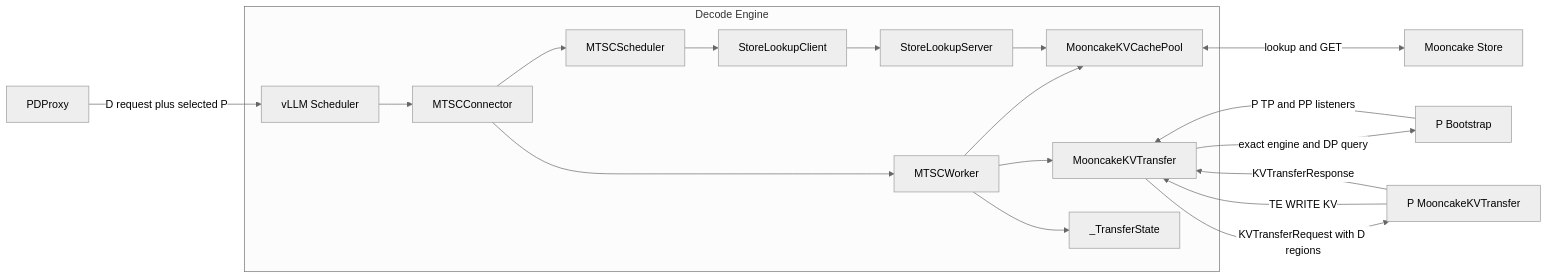
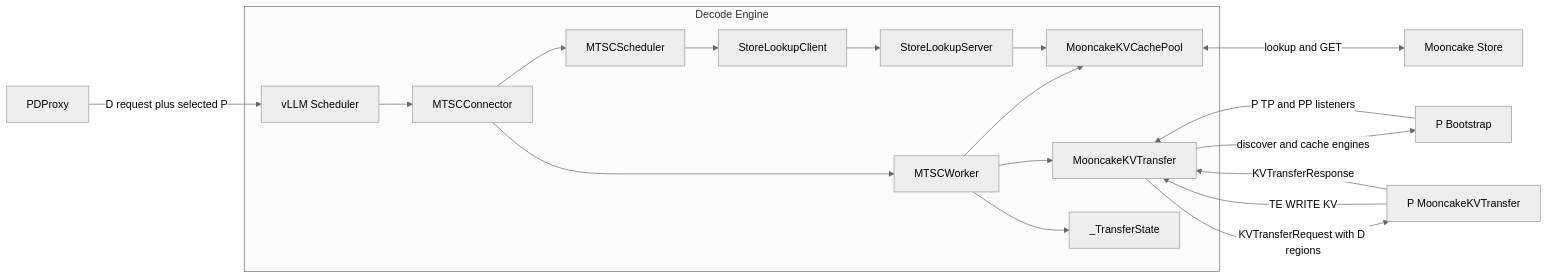
Before and after one commit to WangSu-X/MTSC: the first of 6 diagrams in docs/design/S03-decode设计.md, drawn with Mermaid (neutral theme). The commit also changed other lines of this file and 21 other files, not shown here.

````diff
--- a/docs/design/S03-decode设计.md
+++ b/docs/design/S03-decode设计.md
@@ -96,23 +96,23 @@
 ```mermaid
 flowchart LR
     X[PDProxy] -->|D request plus selected P| VS[vLLM Scheduler]
 
     subgraph D[Decode Engine]
         VS --> C[MTSCConnector]
         C --> S[MTSCScheduler]
         C --> W[MTSCWorker]
         S --> LC[StoreLookupClient]
         W --> SI[MooncakeKVCachePool]
         W --> PD[MooncakeKVTransfer]
         LC --> LS[StoreLookupServer]
         LS --> SI
         W --> SM[_TransferState]
     end
 
     SI <-->|lookup and GET| MS[Mooncake Store]
-    PD -->|exact engine and DP query| B[P Bootstrap]
+    PD -->|discover and cache engines| B[P Bootstrap]
     B -->|P TP and PP listeners| PD
     PD -->|KVTransferRequest with D regions| P[P MooncakeKVTransfer]
     P -->|TE WRITE KV| PD
     P -->|KVTransferResponse| PD
 ```
````
